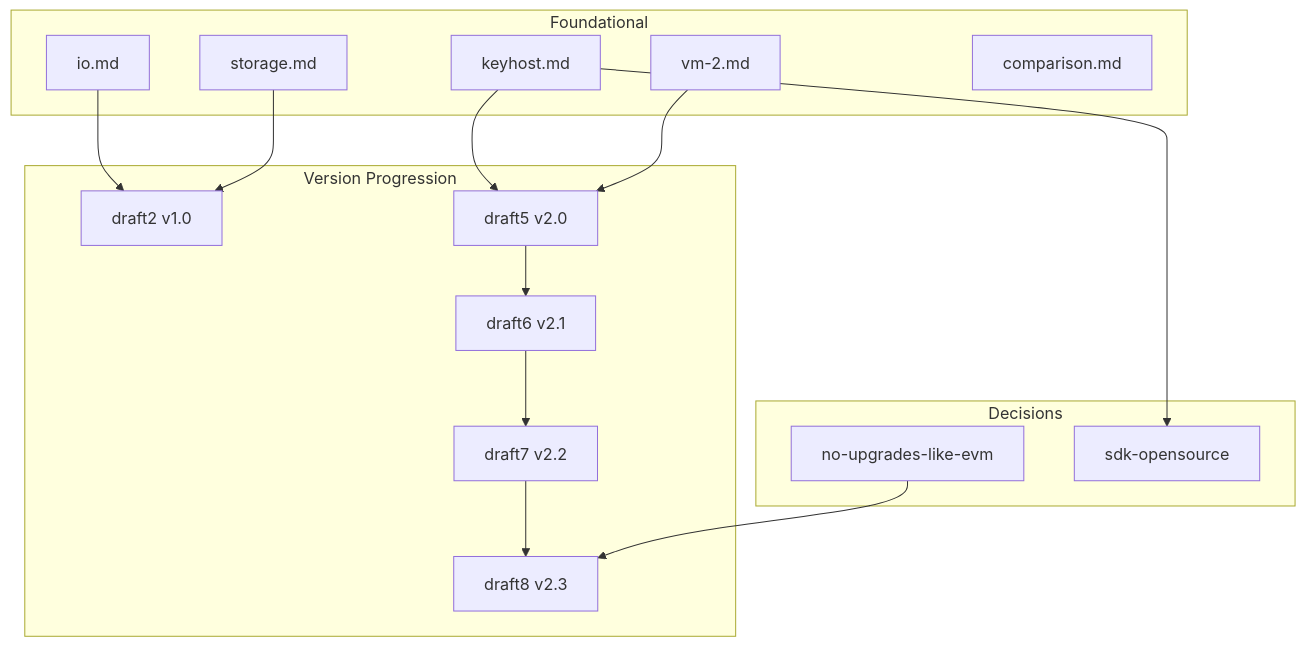
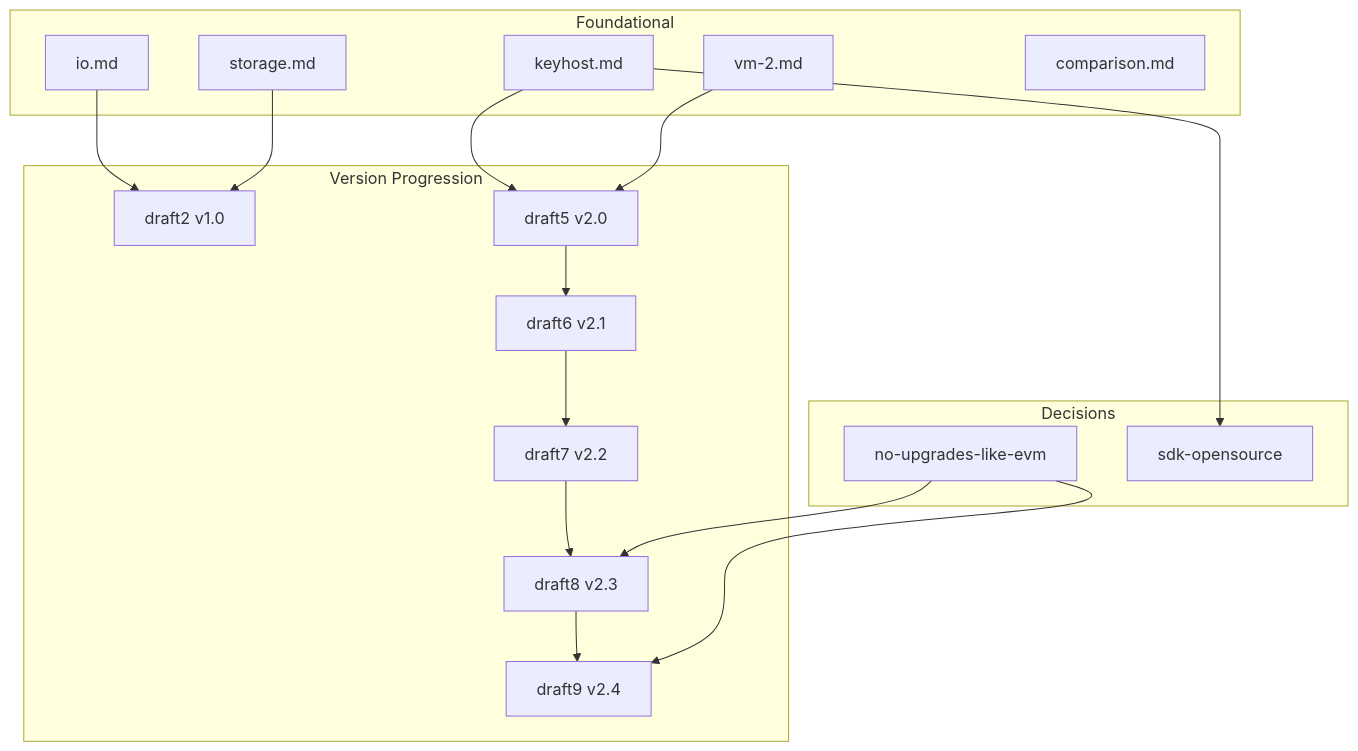
Before and after one commit to morpheum-labs/mwvm: the diagram in docs/proposals/README.md, drawn with Mermaid. The commit also changed other lines of this file and 43 other files, not shown here.

````diff
--- a/docs/proposals/README.md
+++ b/docs/proposals/README.md
@@ -68,31 +69,33 @@
 ```mermaid
 flowchart TB
     subgraph Foundational["Foundational"]
         io[io.md]
         storage[storage.md]
         keyhost[keyhost.md]
         vm2[vm-2.md]
         comparison[comparison.md]
     end
 
     subgraph Versions["Version Progression"]
         d2[draft2 v1.0]
         d5[draft5 v2.0]
         d6[draft6 v2.1]
         d7[draft7 v2.2]
         d8[draft8 v2.3]
+        d9[draft9 v2.4]
     end
 
     subgraph Decisions["Decisions"]
         noevm[no-upgrades-like-evm]
         sdk[sdk-opensource]
     end
 
     io --> d2
     storage --> d2
     keyhost --> d5
     vm2 --> d5
-    d5 --> d6 --> d7 --> d8
+    d5 --> d6 --> d7 --> d8 --> d9
     noevm --> d8
+    noevm --> d9
     keyhost --> sdk
 ```
````
